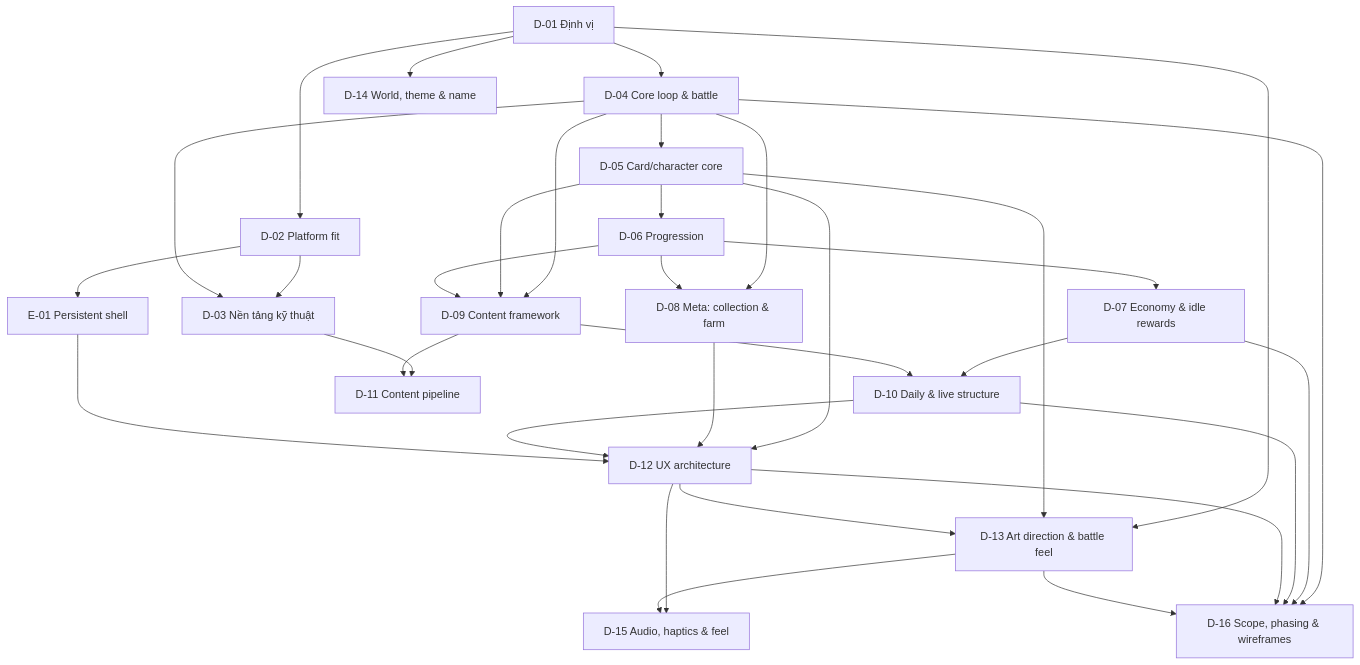
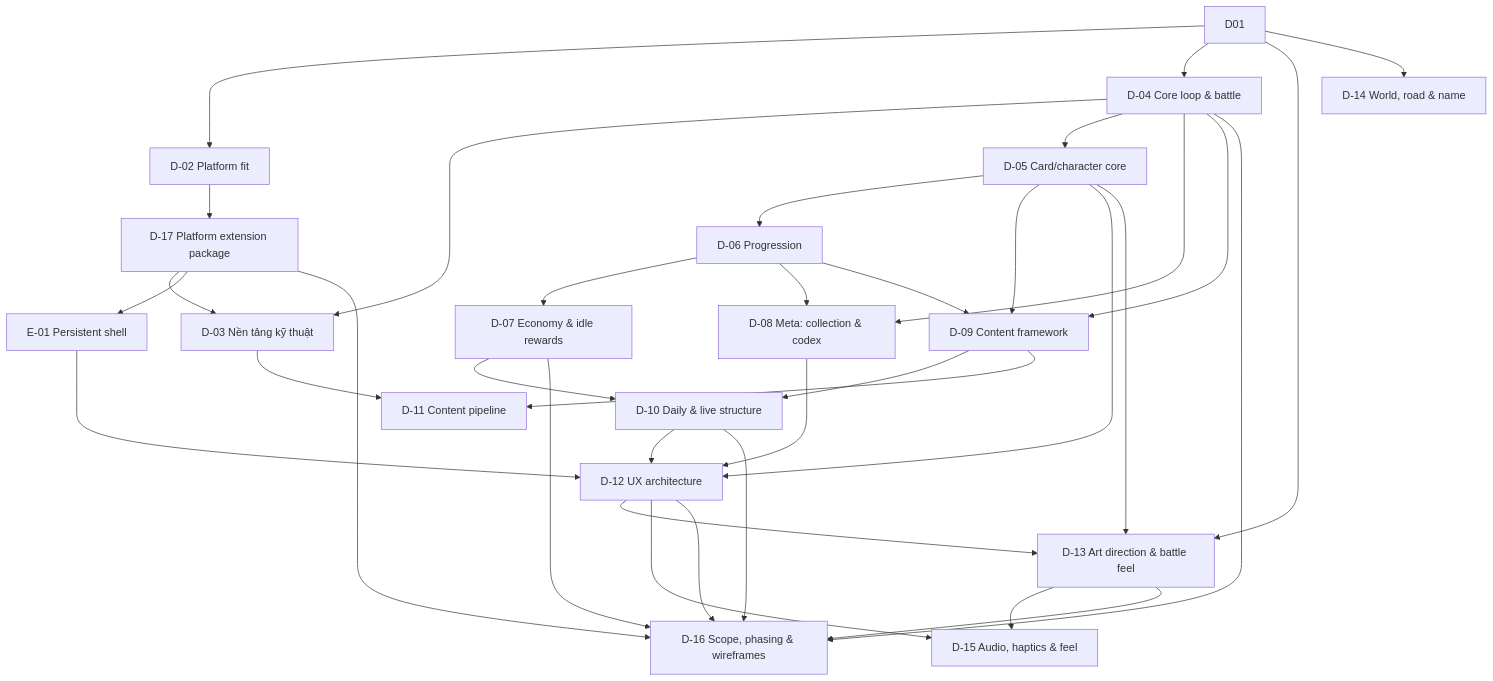
One commit to vinh466/tohe-play changed the diagram in plans/idle-card-rpg/map.md. Above: the diagram before and after it, drawn with Mermaid. The commit also changed other lines of this file and 11 other files, not shown here.

Commit message:
docs(plans): record the expedition and platform-extension decisions

````diff
--- a/plans/idle-card-rpg/map.md
+++ b/plans/idle-card-rpg/map.md
@@ -5,35 +5,37 @@
 ```mermaid
 flowchart TD
-  D01[D-01 Định vị] --> D02[D-02 Platform fit]
+  D01 --> D02[D-02 Platform fit]
   D01 --> D04[D-04 Core loop & battle]
-  D02 --> D03[D-03 Nền tảng kỹ thuật]
-  D02 --> E01[E-01 Persistent shell]
+  D02 --> D17[D-17 Platform extension package]
+  D17 --> D03[D-03 Nền tảng kỹ thuật]
+  D17 --> E01[E-01 Persistent shell]
+  D17 --> D16[D-16 Scope, phasing & wireframes]
   D04 --> D03
   D04 --> D05[D-05 Card/character core]
   D05 --> D06[D-06 Progression]
   D06 --> D07[D-07 Economy & idle rewards]
-  D04 --> D08[D-08 Meta: collection & farm]
+  D04 --> D08[D-08 Meta: collection & codex]
   D06 --> D08
   D04 --> D09[D-09 Content framework]
   D05 --> D09
   D06 --> D09
   D07 --> D10[D-10 Daily & live structure]
   D09 --> D10
   D03 --> D11[D-11 Content pipeline]
   D09 --> D11
   D05 --> D12[D-12 UX architecture]
   D08 --> D12
   D10 --> D12
   E01 --> D12
   D01 --> D13[D-13 Art direction & battle feel]
   D05 --> D13
   D12 --> D13
-  D01 --> D14[D-14 World, theme & name]
+  D01 --> D14[D-14 World, road & name]
   D12 --> D15[D-15 Audio, haptics & feel]
   D13 --> D15
-  D04 --> D16[D-16 Scope, phasing & wireframes]
+  D04 --> D16
   D07 --> D16
   D10 --> D16
   D12 --> D16
   D13 --> D16
 ```
````
